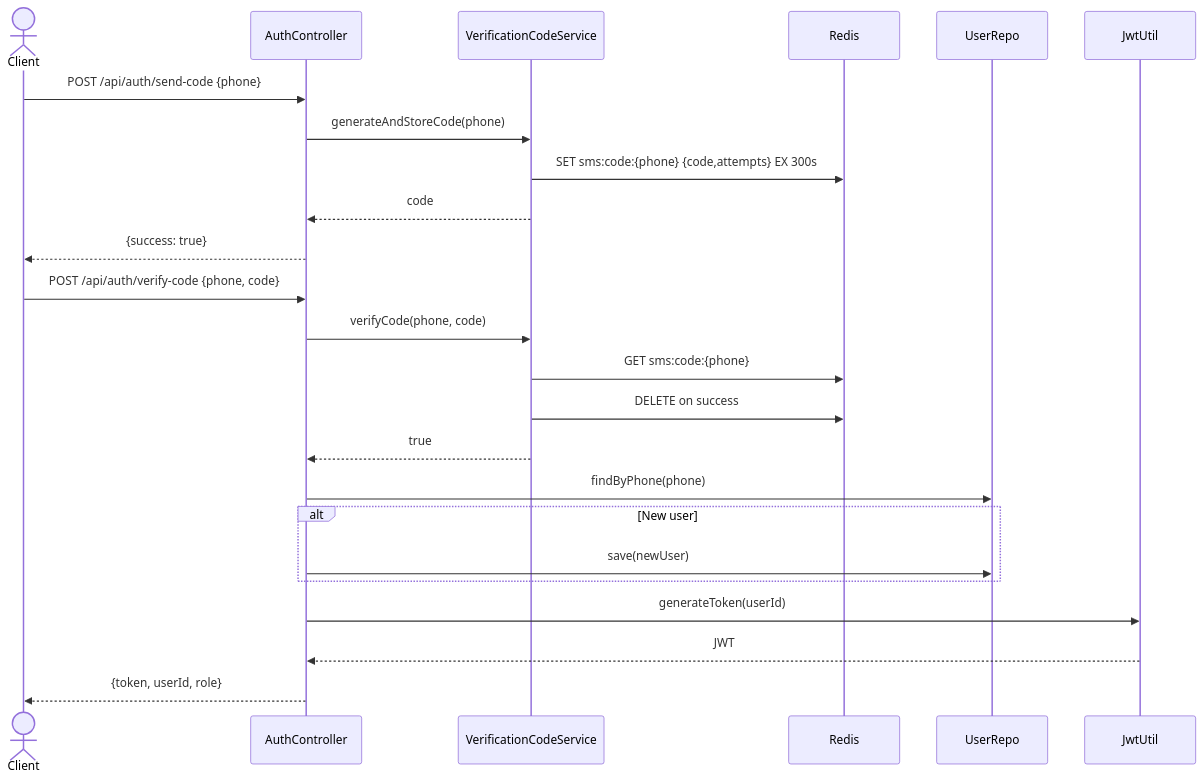
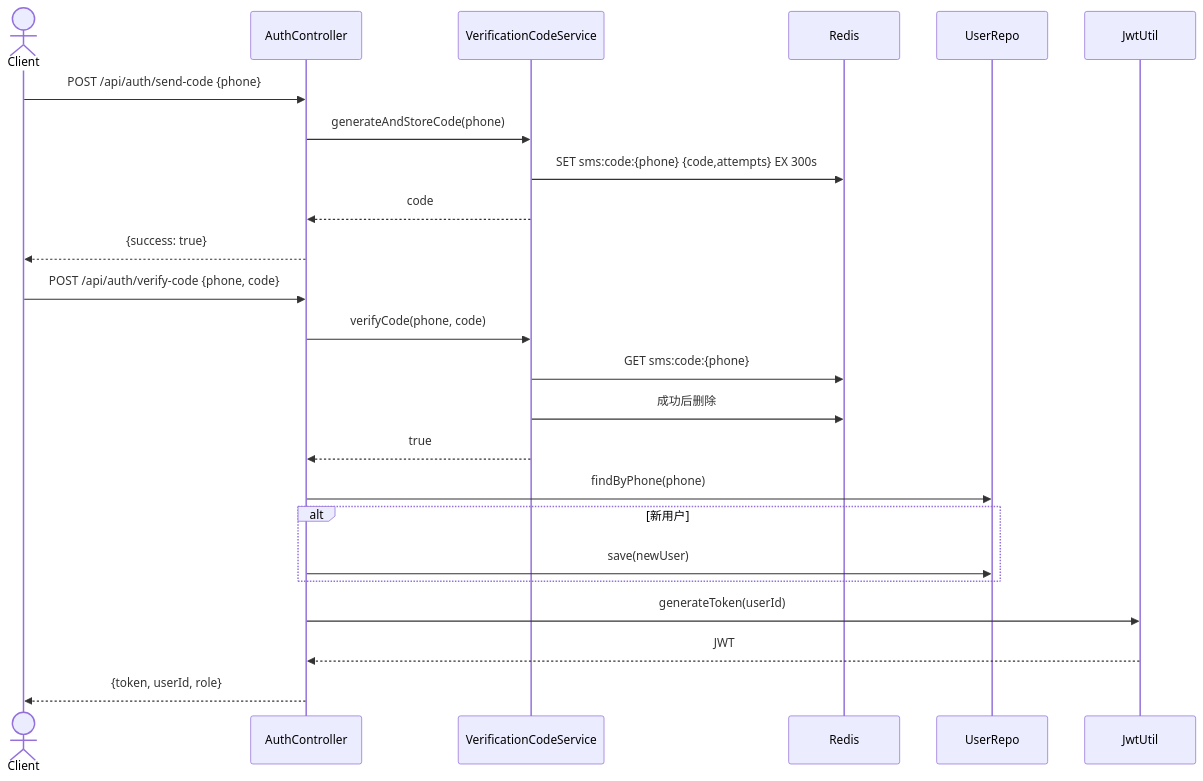
One commit to Jayden23018/blind-run-backend changed the fourth of 10 diagrams in docs/DIAGRAMS.md. Above: the diagram before and after it, drawn with Mermaid. The commit also changed other lines of this file and 122 other files, not shown here.

````diff
--- a/docs/DIAGRAMS.md
+++ b/docs/DIAGRAMS.md
@@ -255,30 +255,30 @@
 ```mermaid
 sequenceDiagram
     actor Client
     participant AuthCtrl as AuthController
     participant VCS as VerificationCodeService
     participant Redis
     participant UserRepo
     participant JwtUtil
 
     Client->>AuthCtrl: POST /api/auth/send-code {phone}
     AuthCtrl->>VCS: generateAndStoreCode(phone)
     VCS->>Redis: SET sms:code:{phone} {code,attempts} EX 300s
     VCS-->>AuthCtrl: code
     AuthCtrl-->>Client: {success: true}
 
     Client->>AuthCtrl: POST /api/auth/verify-code {phone, code}
     AuthCtrl->>VCS: verifyCode(phone, code)
     VCS->>Redis: GET sms:code:{phone}
-    VCS->>Redis: DELETE on success
+    VCS->>Redis: 成功后删除
     VCS-->>AuthCtrl: true
 
     AuthCtrl->>UserRepo: findByPhone(phone)
-    alt New user
+    alt 新用户
         AuthCtrl->>UserRepo: save(newUser)
     end
 
     AuthCtrl->>JwtUtil: generateToken(userId)
     JwtUtil-->>AuthCtrl: JWT
     AuthCtrl-->>Client: {token, userId, role}
 ```
````
